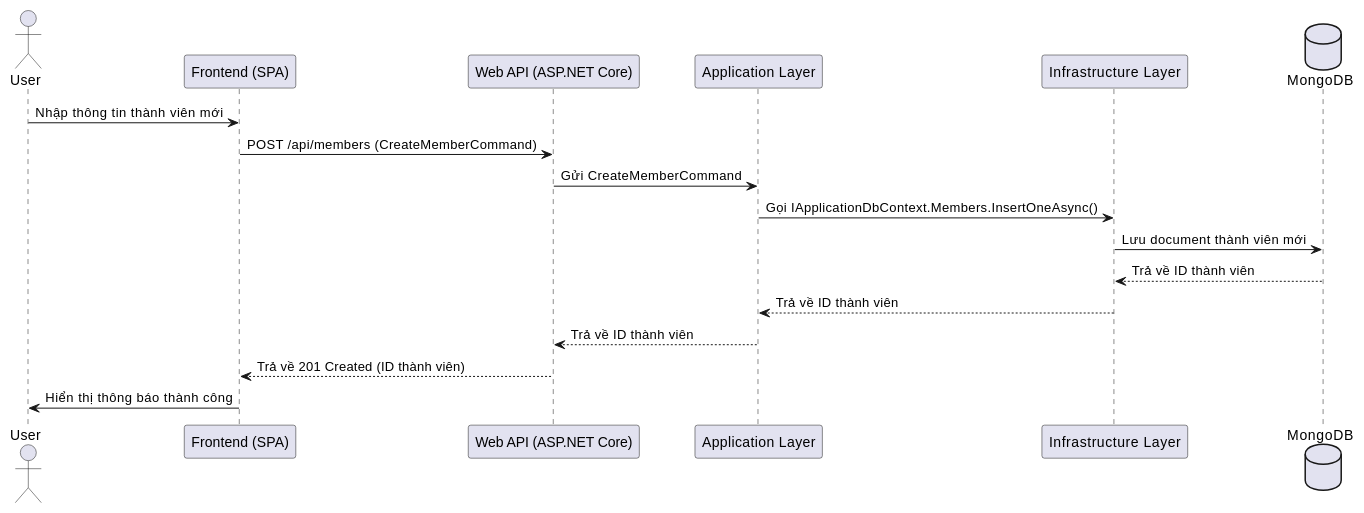
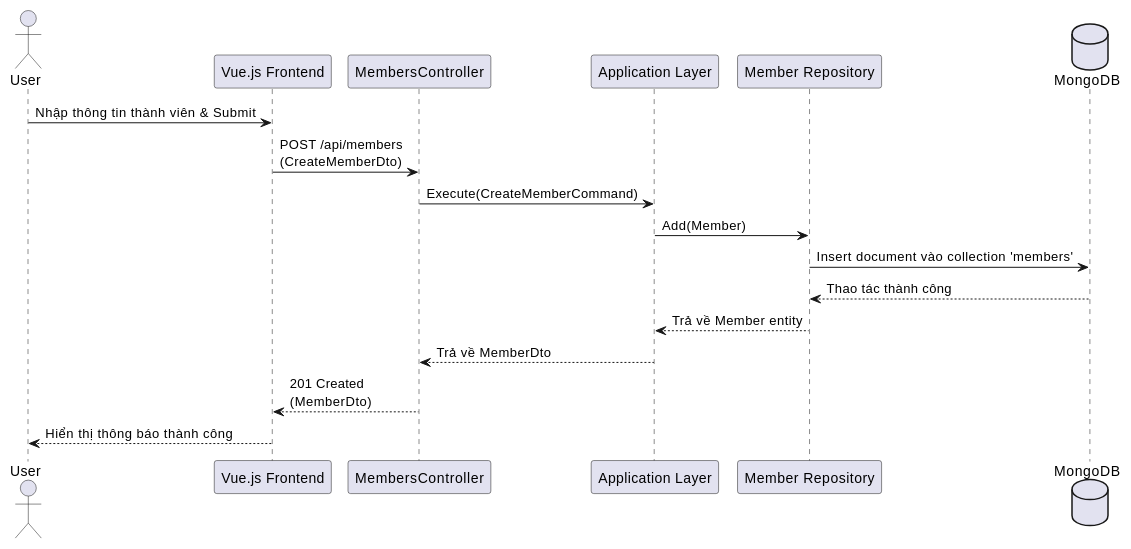
The second of 2 diagrams in docs/system_design.md (hkthao/family-tree-3), drawn with PlantUML before and after one commit. The commit also changed other lines of this file and 24 other files, not shown here.

````diff
--- a/docs/system_design.md
+++ b/docs/system_design.md
@@ -102,21 +47,21 @@
 ```plantuml
 @startuml
 actor User
-participant "Frontend (SPA)" as Frontend
-participant "Web API (ASP.NET Core)" as API
-participant "Application Layer" as Application
-participant "Infrastructure Layer" as Infrastructure
+participant "Vue.js Frontend" as Frontend
+participant "MembersController" as Controller
+participant "Application Layer" as App
+participant "Member Repository" as Repo
 database "MongoDB" as DB
 
-User -> Frontend: Nhập thông tin thành viên mới
-Frontend -> API: POST /api/members (CreateMemberCommand)
-API -> Application: Gửi CreateMemberCommand
-Application -> Infrastructure: Gọi IApplicationDbContext.Members.InsertOneAsync()
-Infrastructure -> DB: Lưu document thành viên mới
-DB --> Infrastructure: Trả về ID thành viên
-Infrastructure --> Application: Trả về ID thành viên
-Application --> API: Trả về ID thành viên
-API --> Frontend: Trả về 201 Created (ID thành viên)
-Frontend -> User: Hiển thị thông báo thành công
+User -> Frontend: Nhập thông tin thành viên & Submit
+Frontend -> Controller: POST /api/members\n(CreateMemberDto)
+Controller -> App: Execute(CreateMemberCommand)
+App -> Repo: Add(Member)
+Repo -> DB: Insert document vào collection 'members'
+DB --> Repo: Thao tác thành công
+Repo --> App: Trả về Member entity
+App --> Controller: Trả về MemberDto
+Controller --> Frontend: 201 Created\n(MemberDto)
+Frontend --> User: Hiển thị thông báo thành công
 @enduml
 ```
````
